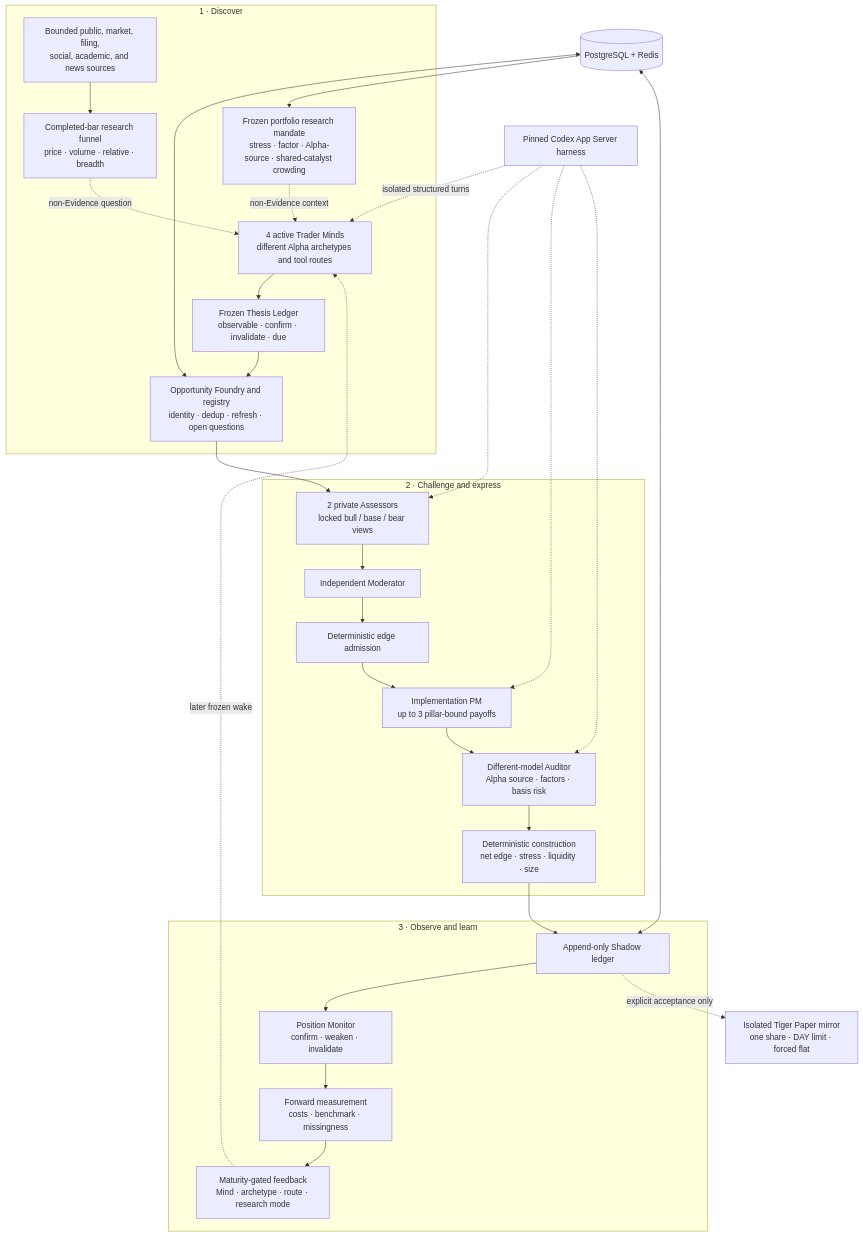
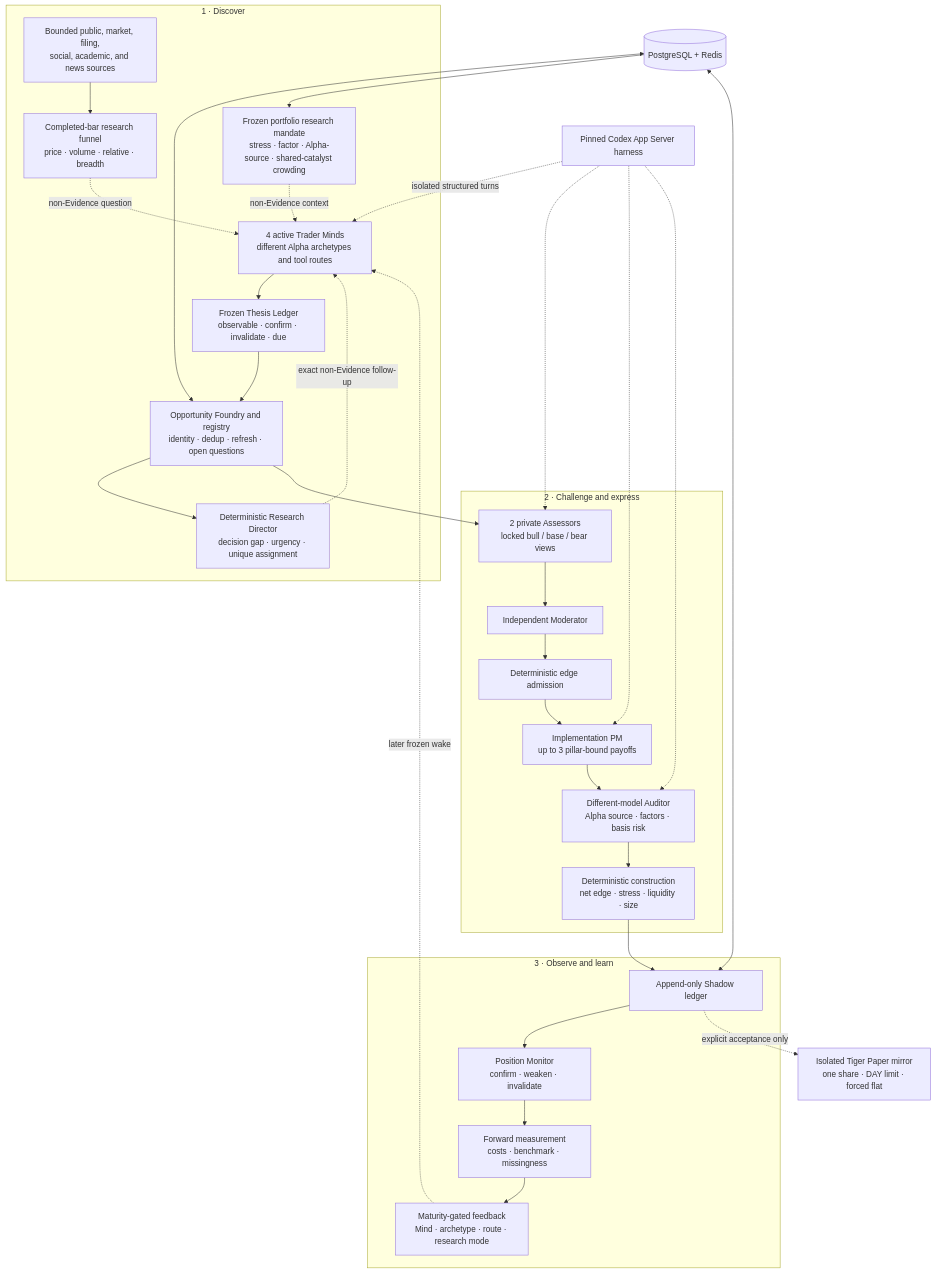
One commit to kyky2347/ALTA changed the second of 2 diagrams in README.md. Above: the diagram before and after it, drawn with Mermaid. The commit also changed other lines of this file and 19 other files, not shown here.

Commit message:
Add deterministic research allocation

````diff
--- a/README.md
+++ b/README.md
@@ -86,43 +89,45 @@
 ```mermaid
 flowchart TB
   subgraph discover["1 · Discover"]
     sources["Bounded public, market, filing,<br/>social, academic, and news sources"]
     screen["Completed-bar research funnel<br/>price · volume · relative · breadth"]
     mandate["Frozen portfolio research mandate<br/>stress · factor · Alpha-source · shared-catalyst crowding"]
     minds["4 active Trader Minds<br/>different Alpha archetypes and tool routes"]
     thesis["Frozen Thesis Ledger<br/>observable · confirm · invalidate · due"]
     registry["Opportunity Foundry and registry<br/>identity · dedup · refresh · open questions"]
+    director["Deterministic Research Director<br/>decision gap · urgency · unique assignment"]
     sources --> screen -. "non-Evidence question" .-> minds --> thesis --> registry
+    registry --> director -. "exact non-Evidence follow-up" .-> minds
     mandate -. "non-Evidence context" .-> minds
   end
 
   subgraph decide["2 · Challenge and express"]
     assess["2 private Assessors<br/>locked bull / base / bear views"]
     moderate["Independent Moderator"]
     rank["Deterministic edge admission"]
     implement["Implementation PM<br/>up to 3 pillar-bound payoffs"]
     audit["Different-model Auditor<br/>Alpha source · factors · basis risk"]
     construct["Deterministic construction<br/>net edge · stress · liquidity · size"]
     assess --> moderate --> rank --> implement --> audit --> construct
   end
 
   subgraph learn["3 · Observe and learn"]
     ledger["Append-only Shadow ledger"]
     monitor["Position Monitor<br/>confirm · weaken · invalidate"]
     outcome["Forward measurement<br/>costs · benchmark · missingness"]
     feedback["Maturity-gated feedback<br/>Mind · archetype · route · research mode"]
     ledger --> monitor --> outcome --> feedback
   end
 
   registry --> assess
   construct --> ledger
   feedback -. "later frozen wake" .-> minds
   state[("PostgreSQL + Redis")] <--> registry
   state <--> ledger
   state --> mandate
   harness["Pinned Codex App Server harness"] -. "isolated structured turns" .-> minds
   harness -.-> assess
   harness -.-> implement
   harness -.-> audit
   ledger -. "explicit acceptance only" .-> paper["Isolated Tiger Paper mirror<br/>one share · DAY limit · forced flat"]
 ```
````
